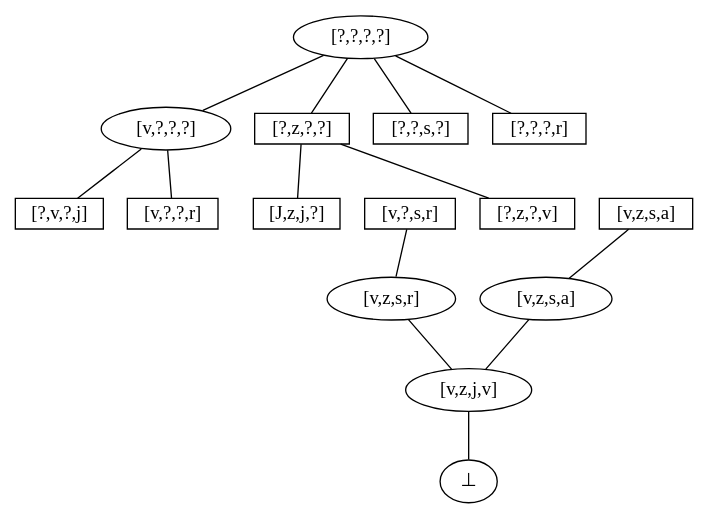
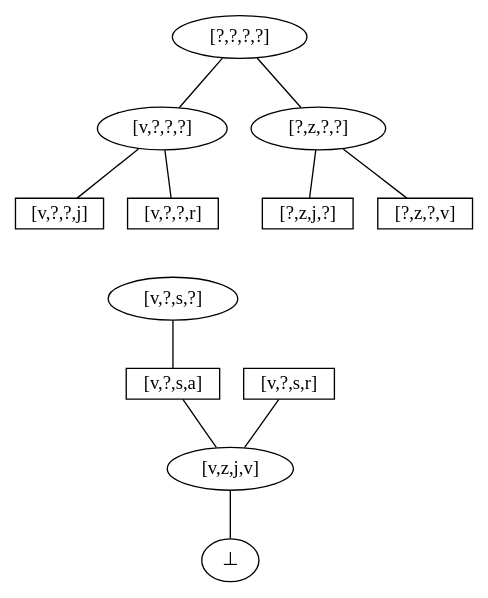
Before and after one commit to NorfairKing/ai_alternative-exam: the diagram in resources/graphs/iteration_5.dot, drawn with Graphviz. The commit also changed 10 other files, not shown here.

```diff
--- a/resources/graphs/iteration_5.dot
+++ b/resources/graphs/iteration_5.dot
@@ -1,48 +1,41 @@
 digraph iter_1 {
     node [shape=rect height=0.1, width=0.2];
     edge [arrowhead = none];
 
     top  [label = "[?,?,?,?]",shape=ellipse];
     bot  [label = "&#8869;",shape=ellipse];
 
     ex_1 [label= "[v,z,j,v]",shape=ellipse];
     
     ex_2_1 [label = "[v,?,?,?]",shape=ellipse];
-    ex_2_2 [label = "[?,z,?,?]"];
-    ex_2_4 [label = "[?,?,s,?]"];
-    ex_2_5 [label = "[?,?,?,r]"];
+    ex_2_2 [label = "[?,z,?,?]",shape=ellipse];
  
-    ex_3_1  [label = "[?,v,?,j]"];
+    ex_3_1  [label = "[v,?,?,j]"];
     ex_3_4  [label = "[v,?,?,r]"];
  
-    ex_3_8  [label = "[J,z,j,?]"];
+    ex_3_8  [label = "[?,z,j,?]"];
     ex_3_10 [label = "[?,z,?,v]"];
 
-    ex_4_1 [label = "[v,z,s,r]",shape=ellipse];
-    ex_4_2 [label = "[v,z,s,a]",shape=ellipse];
-   
-    ex_5_1 [label = "[v,?,s,r]"];
-    ex_5_2 [label = "[v,z,s,a]"];
-    
+    ex_4_1 [label = "[v,?,s,r]"];
+    ex_4_2 [label = "[v,?,s,a]"];
+       
+    ex_5_1 [label = "[v,?,s,?]",shape=ellipse];    
+
     top -> ex_2_1;
     top -> ex_2_2;
-    top -> ex_2_4;
-    top -> ex_2_5;
-
+    
     ex_2_1 -> ex_3_1;    
     ex_2_1 -> ex_3_4;    
     
     ex_2_2 -> ex_3_8;
     ex_2_2 -> ex_3_10;
 
-    ex_3_8  -> ex_4_1[style=invis];
-    ex_3_10 -> ex_4_2[style=invis];    
+    ex_3_4 -> ex_5_1[style=invis];    
 
-    ex_5_1 -> ex_4_1;
-    ex_5_2 -> ex_4_2;
+    ex_5_1 -> ex_4_2;    
 
     ex_4_1 -> ex_1;
     ex_4_2 -> ex_1;
 
     ex_1 -> bot;
 }
```
